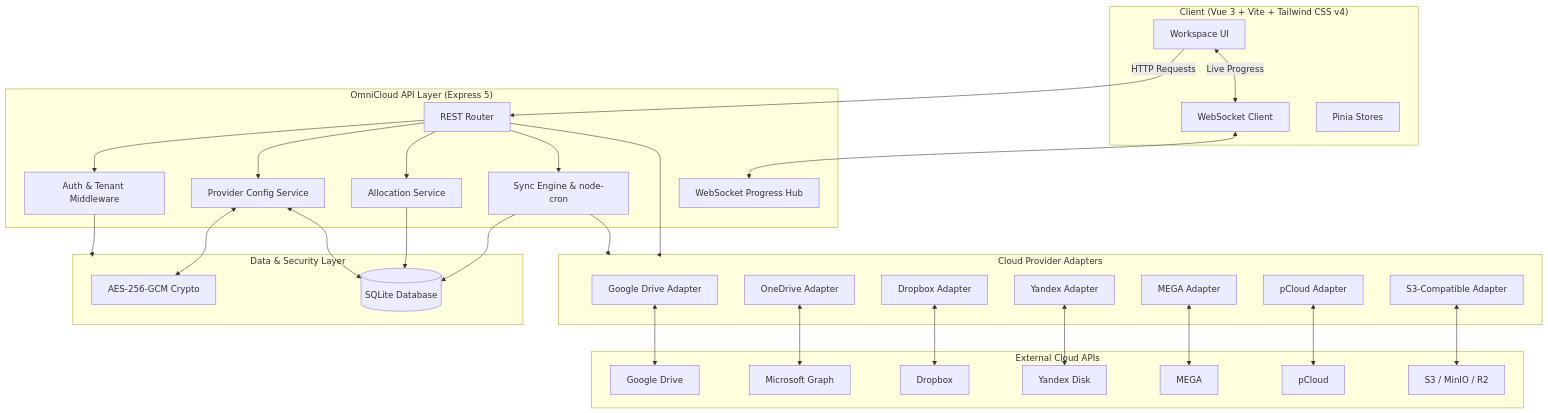
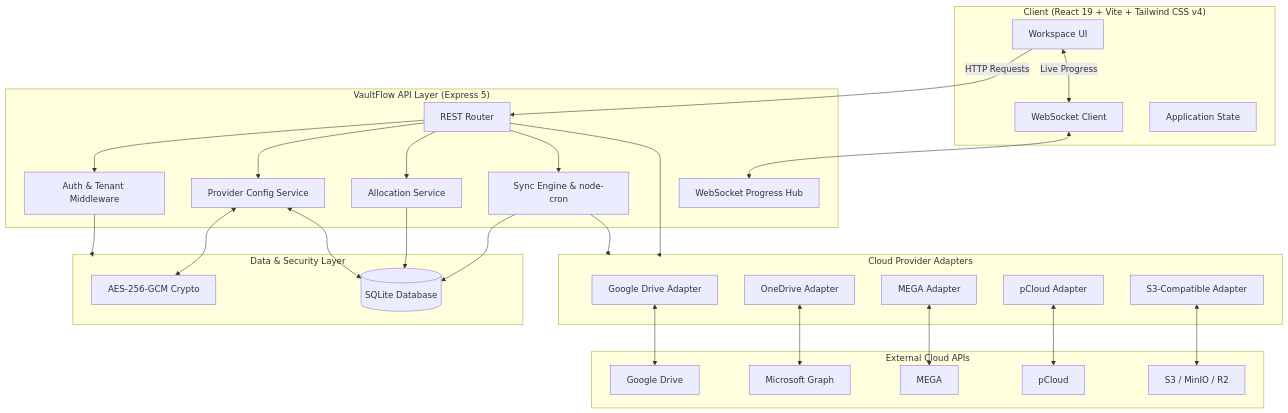
Before and after one commit to Aviral-09/VaultFlow: the diagram in README.md, drawn with Mermaid. The commit also changed other lines of this file and 13 other files, not shown here.

Commit message:
Remove images, old screenshots, and Yandex/Dropbox references from documentation

````diff
--- a/README.md
+++ b/README.md
@@ -105,68 +89,62 @@
 ```mermaid
 flowchart TD
-    subgraph Client ["Client (Vue 3 + Vite + Tailwind CSS v4)"]
+    subgraph Client ["Client (React 19 + Vite + Tailwind CSS v4)"]
         UI[Workspace UI]
         WSClient[WebSocket Client]
-        Store[Pinia Stores]
+        Store[Application State]
     end
 
-    subgraph API ["OmniCloud API Layer (Express 5)"]
+    subgraph API ["VaultFlow API Layer (Express 5)"]
         Router[REST Router]
         AuthMid[Auth & Tenant Middleware]
         WSHub[WebSocket Progress Hub]
         AllocService[Allocation Service]
         SyncService[Sync Engine & node-cron]
         AdminService[Provider Config Service]
     end
 
     subgraph DB ["Data & Security Layer"]
         SQLite[(SQLite Database)]
         AES[AES-256-GCM Crypto]
     end
 
     subgraph Adapters ["Cloud Provider Adapters"]
         GDA[Google Drive Adapter]
         ODA[OneDrive Adapter]
-        DBA[Dropbox Adapter]
-        YDA[Yandex Adapter]
         MGA[MEGA Adapter]
         PCA[pCloud Adapter]
         S3A[S3-Compatible Adapter]
     end
 
     subgraph External ["External Cloud APIs"]
         Google[Google Drive]
         Microsoft[Microsoft Graph]
-        DropboxAPI[Dropbox]
-        YandexAPI[Yandex Disk]
         MegaAPI[MEGA]
         PCloudAPI[pCloud]
         S3API[S3 / MinIO / R2]
     end
 
     UI -->|HTTP Requests| Router
     UI <-->|Live Progress| WSClient
     WSClient <--> WSHub
 
     Router --> AuthMid
     AuthMid --> DB
     Router --> AdminService
     Router --> AllocService
     Router --> SyncService
 
     AllocService --> SQLite
     AdminService <--> AES
     AdminService <--> SQLite
 
     Router --> Adapters
     SyncService --> Adapters
     SyncService --> SQLite
 
     GDA <--> Google
     ODA <--> Microsoft
-    DBA <--> DropboxAPI
-    YDA <--> YandexAPI
     MGA <--> MegaAPI
     PCA <--> PCloudAPI
     S3A <--> S3API
 ```
````
